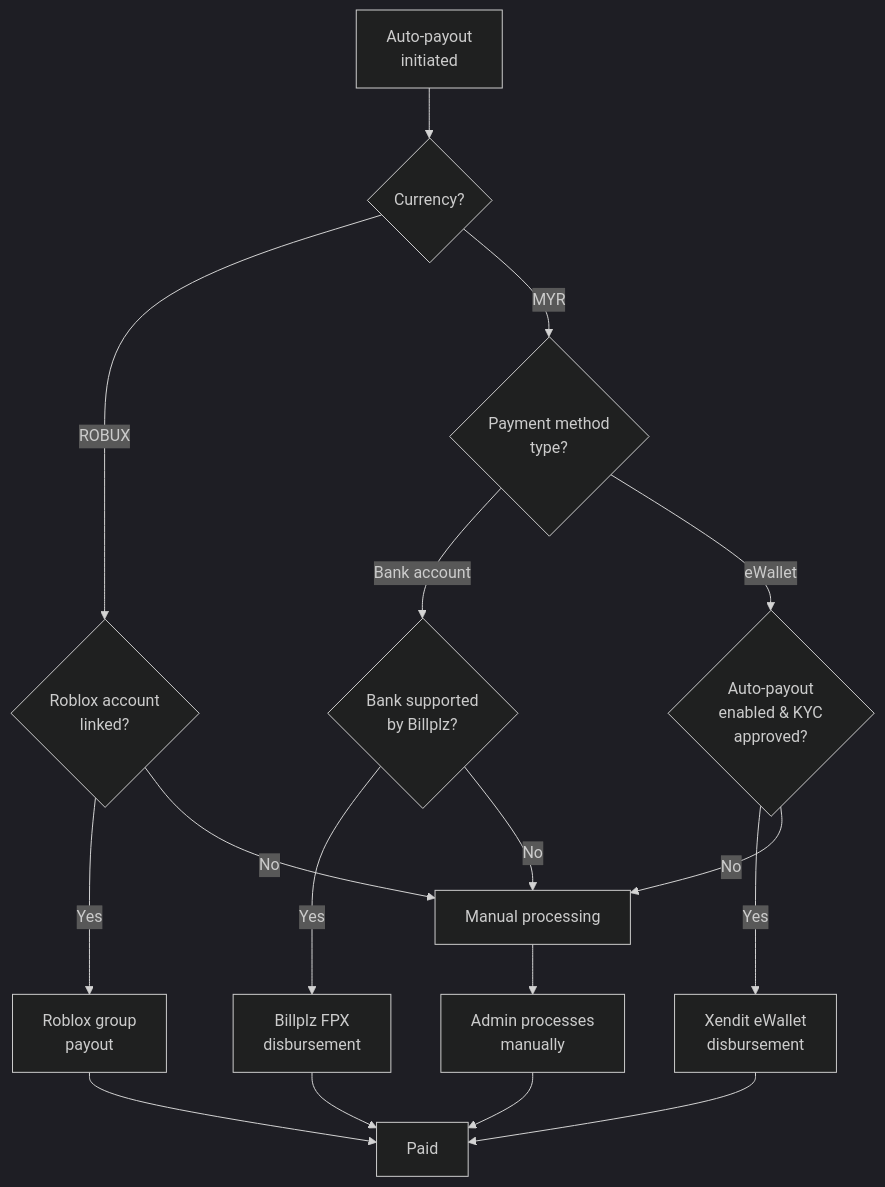
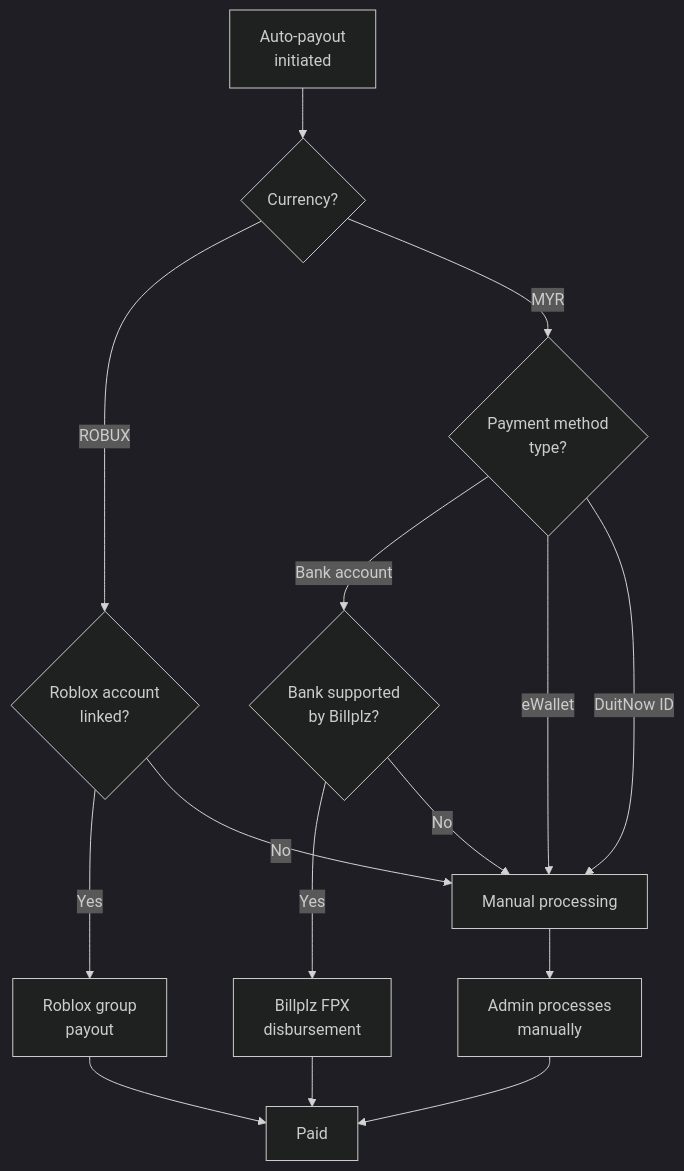
Before and after one commit to mysverse/devhub: the second of 2 diagrams in src/documents/payment-flow.md, drawn with Mermaid (dark theme). The commit also changed other lines of this file and 5 other files, not shown here.

````diff
--- a/src/documents/payment-flow.md
+++ b/src/documents/payment-flow.md
@@ -42,19 +42,17 @@
 ```mermaid
 flowchart TD
     A[Auto-payout<br/>initiated] --> B{Currency?}
     B -->|ROBUX| C{Roblox account<br/>linked?}
     C -->|Yes| D[Roblox group<br/>payout]
     C -->|No| E[Manual processing]
     B -->|MYR| F{Payment method<br/>type?}
     F -->|Bank account| G{Bank supported<br/>by Billplz?}
     G -->|Yes| H[Billplz FPX<br/>disbursement]
     G -->|No| E
-    F -->|eWallet| K{Auto-payout<br/>enabled & KYC<br/>approved?}
-    K -->|Yes| L[Xendit eWallet<br/>disbursement]
-    K -->|No| E
+    F -->|eWallet| E
+    F -->|DuitNow ID| E
     H --> M[Paid]
-    L --> M
     D --> M
     E --> N[Admin processes<br/>manually]
     N --> M
 ```
````
